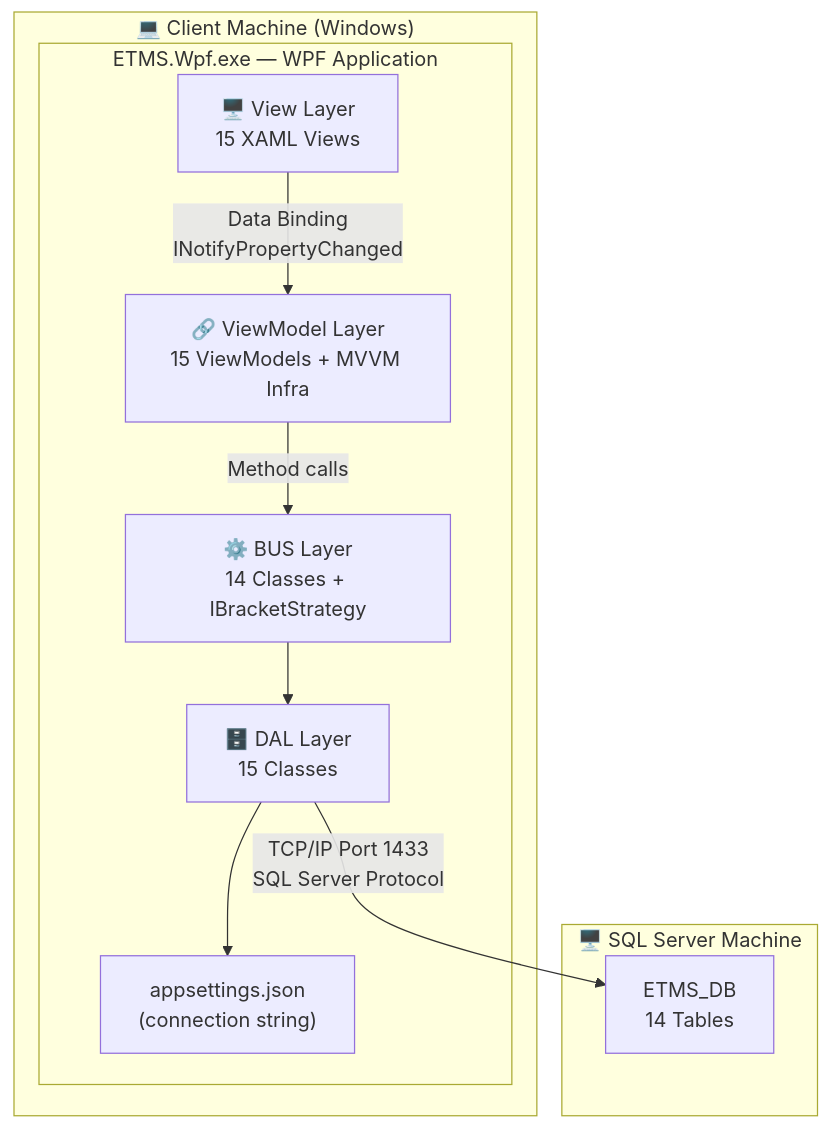
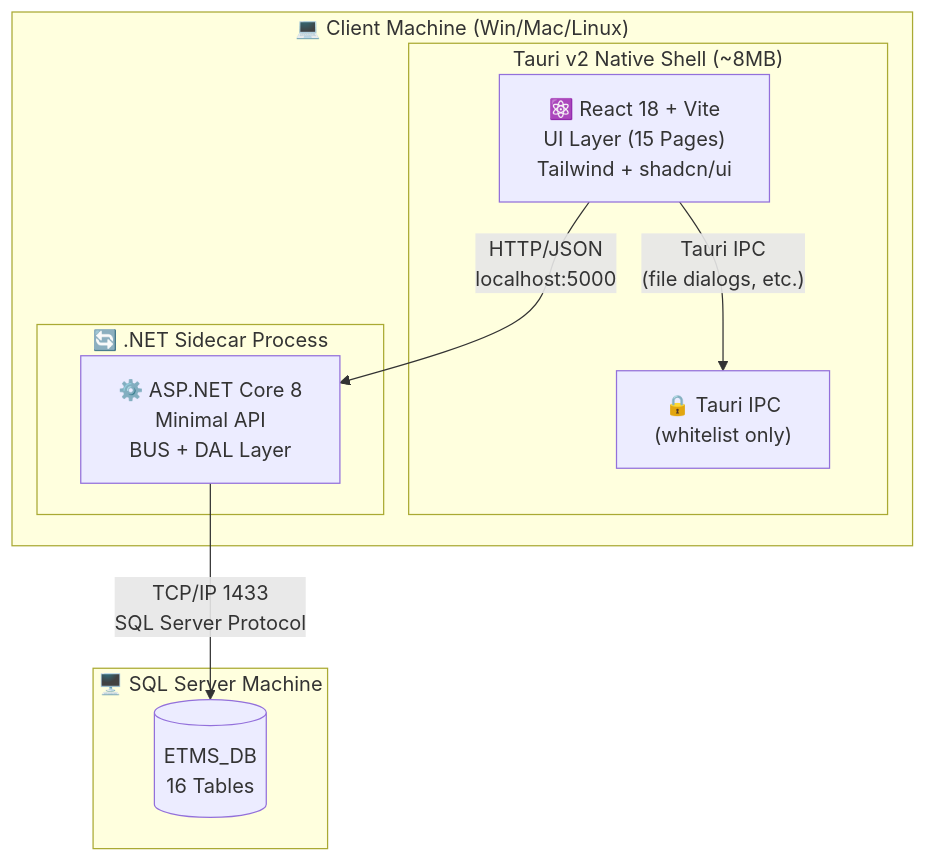
Before and after one commit to 100dollarx/CNPM: the first of 4 diagrams in Document/Đặc tả/09_ArchitectureDesign.md, drawn with Mermaid. The commit also changed other lines of this file and 256 other files, not shown here.

````diff
--- a/Document/Đặc tả/09_ArchitectureDesign.md
+++ b/Document/Đặc tả/09_ArchitectureDesign.md
@@ -9,21 +9,20 @@
 ```mermaid
 graph TB
-    subgraph CLIENT["💻 Client Machine (Windows)"]
-        subgraph APP["ETMS.Wpf.exe — WPF Application"]
-            VIEW["🖥️ View Layer\n15 XAML Views"]
-            VM["🔗 ViewModel Layer\n15 ViewModels + MVVM Infra"]
-            BUS["⚙️ BUS Layer\n14 Classes + IBracketStrategy"]
-            DAL["🗄️ DAL Layer\n15 Classes"]
-            CFG["appsettings.json\n(connection string)"]
+    subgraph CLIENT["💻 Client Machine (Win/Mac/Linux)"]
+        subgraph TAURI["Tauri v2 Native Shell (~8MB)"]
+            REACT["⚛️ React 18 + Vite\nUI Layer (15 Pages)\nTailwind + shadcn/ui"]
+            IPC["🔒 Tauri IPC\n(whitelist only)"]
         end
-        VIEW -->|"Data Binding\nINotifyPropertyChanged"| VM
-        VM -->|"Method calls"| BUS
-        BUS --> DAL --> CFG
+        subgraph SIDECAR["🔄 .NET Sidecar Process"]
+            API["⚙️ ASP.NET Core 8\nMinimal API\nBUS + DAL Layer"]
+        end
     end
 
     subgraph SERVER["🖥️ SQL Server Machine"]
-        DB["ETMS_DB\n14 Tables"]
+        DB[("ETMS_DB\n16 Tables")]
     end
 
-    DAL -->|"TCP/IP Port 1433\nSQL Server Protocol"| DB
+    REACT -->|"HTTP/JSON\nlocalhost:5000"| API
+    REACT -->|"Tauri IPC\n(file dialogs, etc.)"| IPC
+    API -->|"TCP/IP 1433\nSQL Server Protocol"| DB
 ```
````
